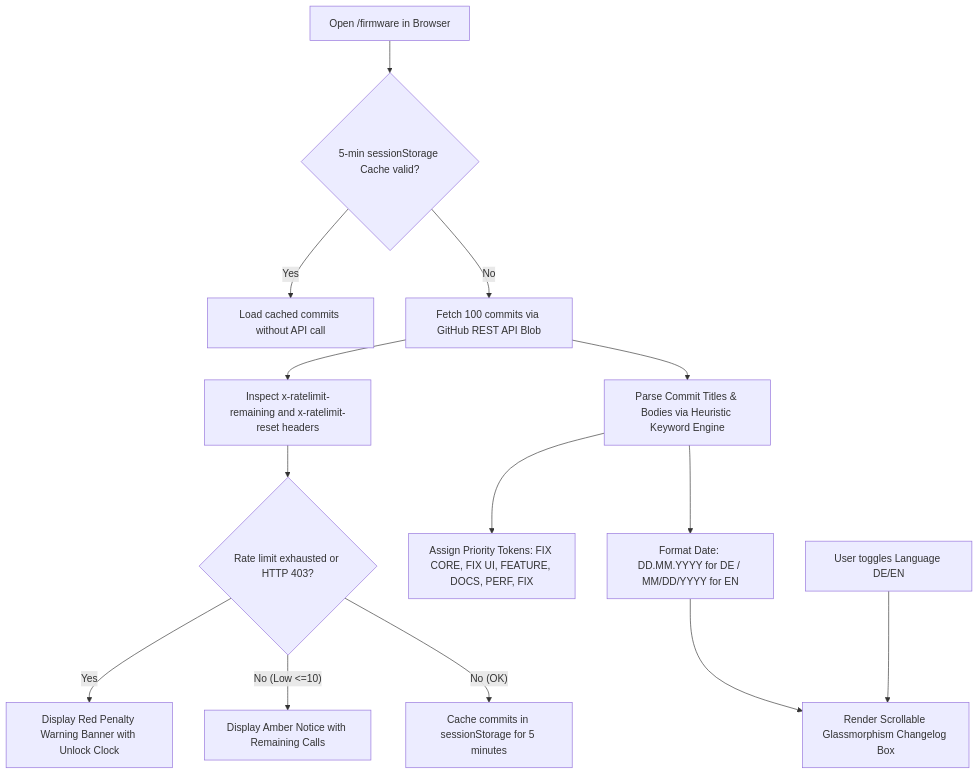
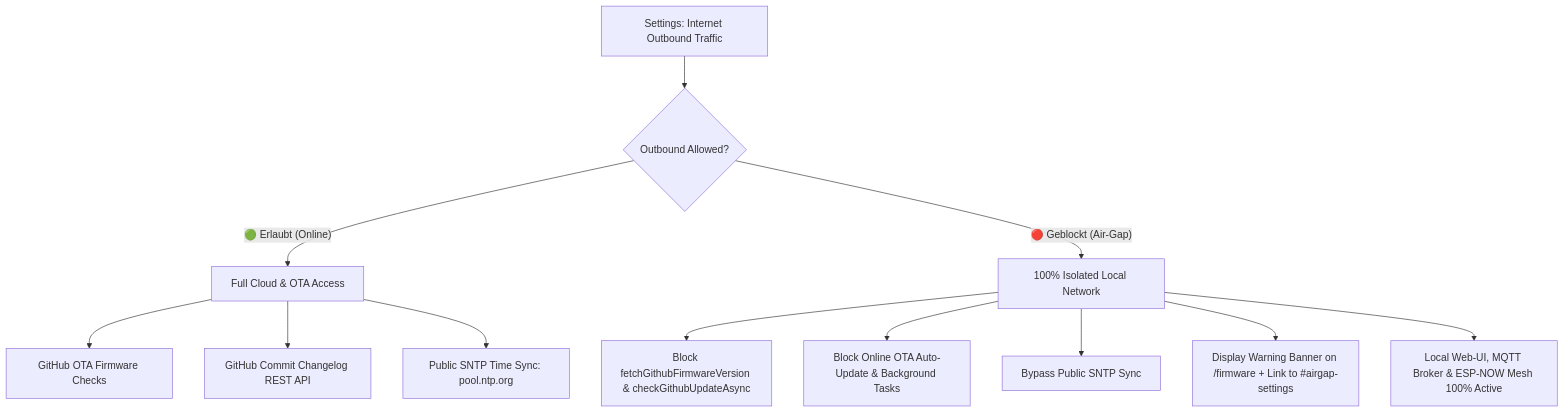
The diagram in implementation_plan.md (VR-addicted/iDry), drawn with Mermaid before and after one commit. The commit also changed other lines of this file and 6 other files, not shown here.

Commit message:
new feature: internet firewall option. prevents outbound connections to github and time server

````diff
--- a/implementation_plan.md
+++ b/implementation_plan.md
@@ -9,16 +9,15 @@
 ```mermaid
 flowchart TD
-    A[Open /firmware in Browser] --> B{5-min sessionStorage Cache valid?}
-    B -- Yes --> C[Load cached commits without API call]
-    B -- No --> D[Fetch 100 commits via GitHub REST API Blob]
-    D --> E[Inspect x-ratelimit-remaining and x-ratelimit-reset headers]
-    E --> F{Rate limit exhausted or HTTP 403?}
-    F -- Yes --> G[Display Red Penalty Warning Banner with Unlock Clock]
-    F -- No (Low <=10) --> H[Display Amber Notice with Remaining Calls]
-    F -- No (OK) --> I[Cache commits in sessionStorage for 5 minutes]
-    D --> J[Parse Commit Titles & Bodies via Heuristic Keyword Engine]
-    J --> K[Assign Priority Tokens: FIX CORE, FIX UI, FEATURE, DOCS, PERF, FIX]
-    J --> L[Format Date: DD.MM.YYYY for DE / MM/DD/YYYY for EN]
-    L --> M[Render Scrollable Glassmorphism Changelog Box]
-    N[User toggles Language DE/EN] --> M
+    A[Settings: Internet Outbound Traffic] --> B{Outbound Allowed?}
+    B -- "🟢 Erlaubt (Online)" --> C[Full Cloud & OTA Access]
+    C --> C1[GitHub OTA Firmware Checks]
+    C --> C2[GitHub Commit Changelog REST API]
+    C --> C3[Public SNTP Time Sync: pool.ntp.org]
+    
+    B -- "🔴 Geblockt (Air-Gap)" --> D[100% Isolated Local Network]
+    D --> D1[Block fetchGithubFirmwareVersion & checkGithubUpdateAsync]
+    D --> D2[Block Online OTA Auto-Update & Background Tasks]
+    D --> D3[Bypass Public SNTP Sync]
+    D --> D4[Display Warning Banner on /firmware + Link to #airgap-settings]
+    D --> D5[Local Web-UI, MQTT Broker & ESP-NOW Mesh 100% Active]
 ```
````
